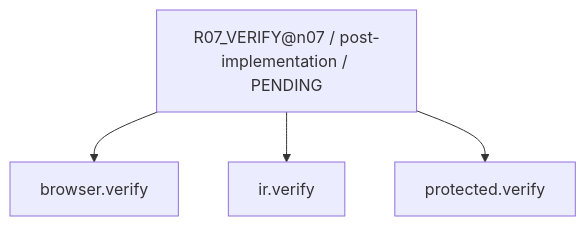
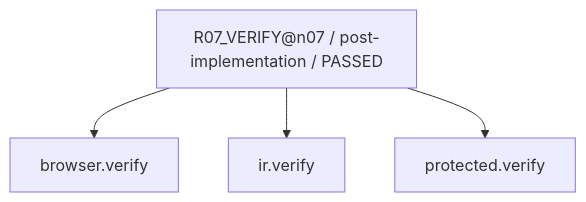
The eighth of 14 diagrams in work/items/W-MATH-032-n07-semantic-repair/generated/CAPABILITY_FIRE_DIAGRAM.md (rrikunagasige-dot/kyotsu-step-web), drawn with Mermaid before and after one commit. The commit also changed other lines of this file and 60 other files, not shown here.

````diff
--- a/work/items/W-MATH-032-n07-semantic-repair/generated/CAPABILITY_FIRE_DIAGRAM.md
+++ b/work/items/W-MATH-032-n07-semantic-repair/generated/CAPABILITY_FIRE_DIAGRAM.md
@@ -120,10 +120,10 @@
 ```mermaid
 flowchart TD
-  N0["R07_VERIFY@n07 / post-implementation / PENDING"]
+  N0["R07_VERIFY@n07 / post-implementation / PASSED"]
   N1["ir.verify"]
   N2["browser.verify"]
   N3["protected.verify"]
   N0 --> N2
   N0 --> N1
   N0 --> N3
 ```
````
